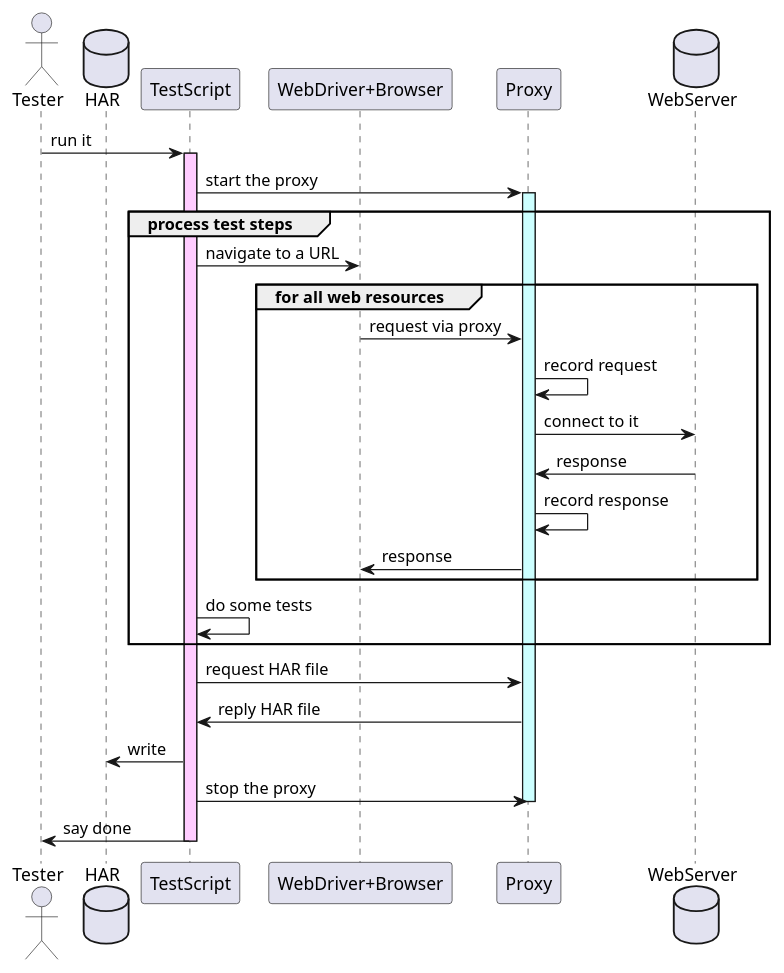
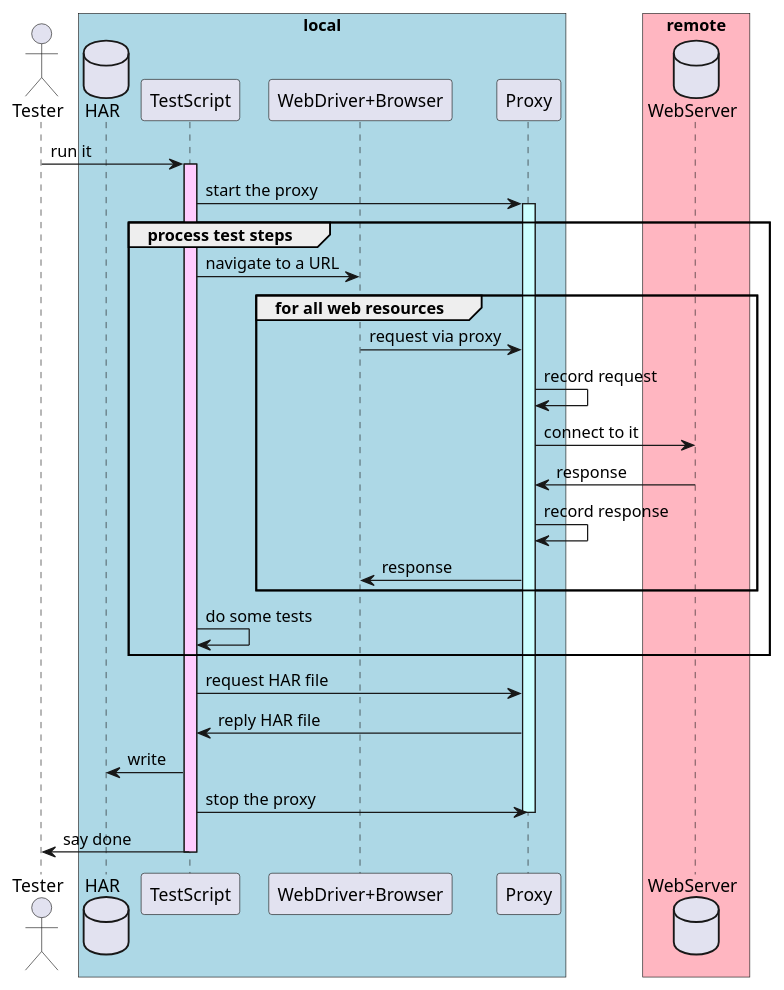
The diagram in docs/diagrams/src/sequence.pu (kazurayam/BrowserMobProxyInKatalonStudio), drawn with PlantUML before and after one commit. The commit also changed 1 other file, not shown here.

Commit message:
revised the sequence diagram; local box and remote box

```diff
--- a/docs/diagrams/src/sequence.pu
+++ b/docs/diagrams/src/sequence.pu
@@ -1,32 +1,36 @@
 @startuml sequence
 actor       Tester     as tester
+box "local" #LightBlue
 database    HAR        as file
 participant TestScript as script
 participant "WebDriver+Browser" as browser
 participant Proxy      as proxy
+end box
+box "remote" #LightPink
 database    WebServer  as server
+end box
 
 tester   -> script     : run it
 activate script #FFccFF
 script   -> proxy      : start the proxy
 activate proxy #ccFFFF
 group process test steps
 script   -> browser    : navigate to a URL
 group for all web resources
 browser  -> proxy      : request via proxy
 proxy    -> proxy      : record request
 proxy    -> server     : connect to it
 server   -> proxy      : response
 proxy    -> proxy      : record response
 proxy    -> browser    : response
 end
 script   -> script     : do some tests
 end
 script   -> proxy      : request HAR file
 proxy    -> script     : reply HAR file
 script   -> file       : write
 script   -> proxy      : stop the proxy
 deactivate proxy
 script   -> tester     : say done
 deactivate script
 @enduml
```
